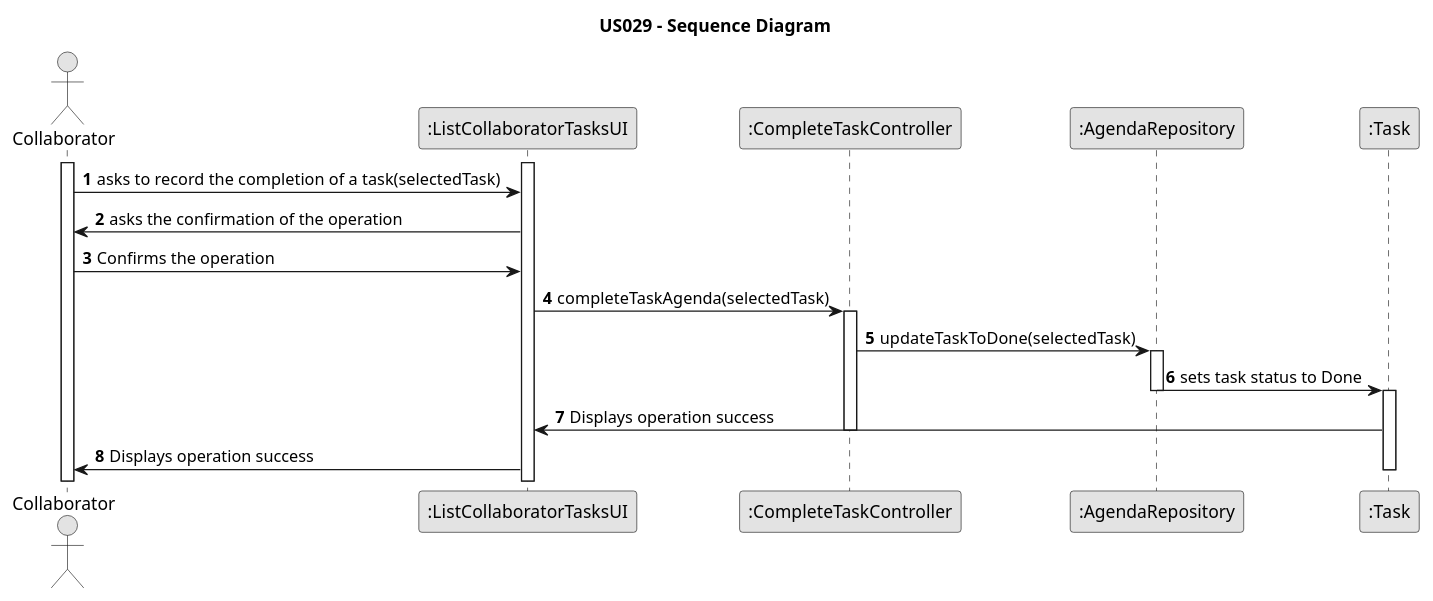
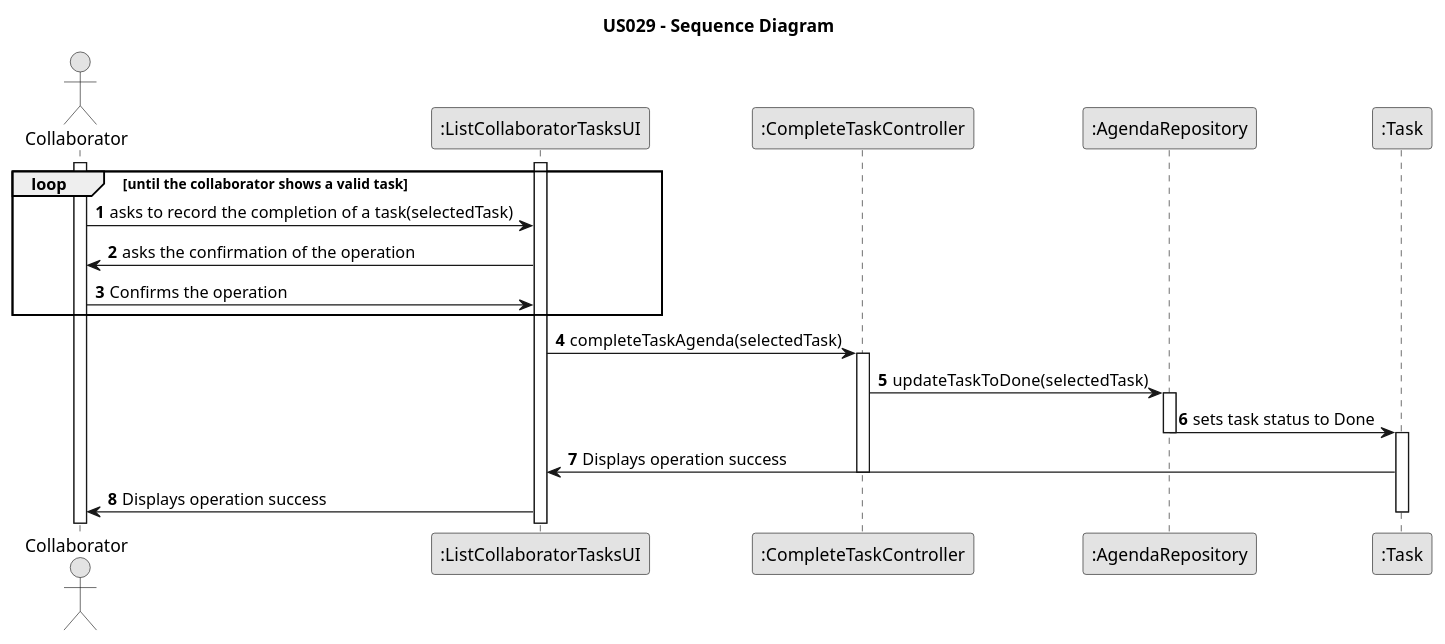
One commit to Rui-San/LAPR2_2023_2024 changed the diagram in docs/sprintC/us029/03.design/puml/us029-sequence-diagram.puml. Above: the diagram before and after it, drawn with PlantUML. The commit also changed 1 other file, not shown here.

Commit message:
US28 & US29 Sequence Diagrams

```diff
--- a/docs/sprintC/us029/03.design/puml/us029-sequence-diagram.puml
+++ b/docs/sprintC/us029/03.design/puml/us029-sequence-diagram.puml
@@ -1,37 +1,43 @@
 @startuml
 skinparam monochrome true
 skinparam packageStyle rectangle
 skinparam shadowing false
 
 title US029 - Sequence Diagram
 
 autonumber
 actor "Collaborator" as Collaborator
 participant ":ListCollaboratorTasksUI" as UI
 participant ":CompleteTaskController" as CTRL
 participant ":AgendaRepository" as REPO
 participant ":Task" as Task
 
 activate Collaborator
 activate UI
+
+loop until the collaborator shows a valid task
 Collaborator -> UI: asks to record the completion of a task(selectedTask)
 UI -> Collaborator: asks the confirmation of the operation
 Collaborator -> UI: Confirms the operation
+
+end loop
+
 UI -> CTRL: completeTaskAgenda(selectedTask)
 
 activate CTRL
 CTRL -> REPO: updateTaskToDone(selectedTask)
 
     activate REPO
     REPO -> Task: sets task status to Done
     deactivate REPO
 
 activate Task
 
+
 Task -> UI: Displays operation success
 deactivate CTRL
 UI -> Collaborator: Displays operation success
 
 deactivate Task
 
 @enduml
```
